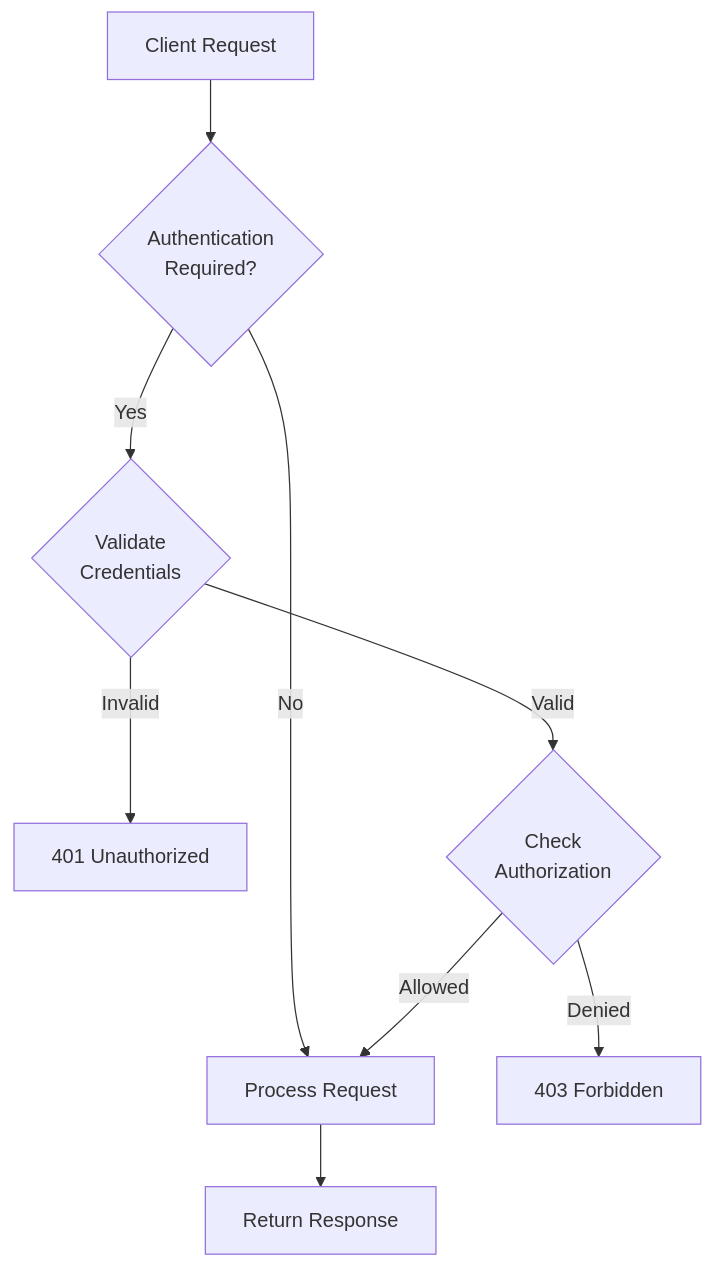
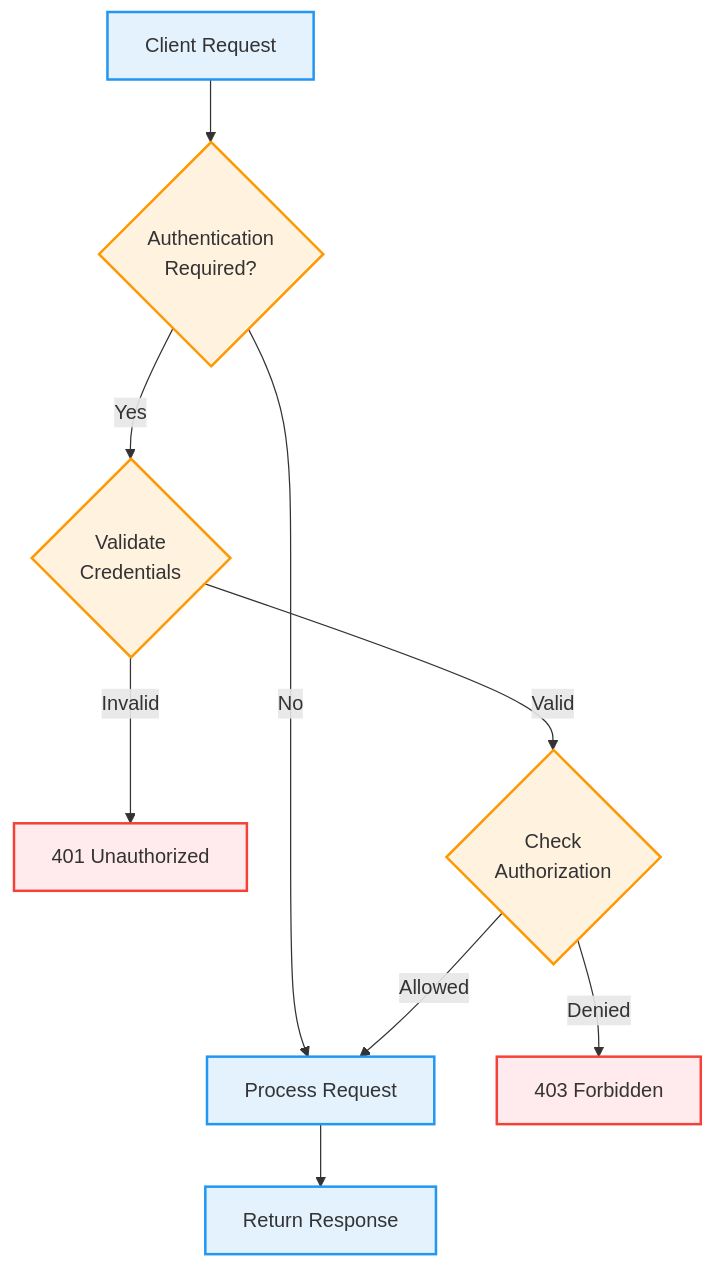
The fourth of 8 diagrams in docs/architecture.md (renz-adarayan/ingenious), drawn with Mermaid before and after one commit. The commit also changed other lines of this file and 8 other files, not shown here.

````diff
--- a/docs/architecture.md
+++ b/docs/architecture.md
@@ -218,14 +215,23 @@
 ```mermaid
-graph TB
-    CLIENT[Client Request] --> AUTH_CHECK{Authentication<br/>Required?}
-    AUTH_CHECK -->|No| PROCESS[Process Request]
-    AUTH_CHECK -->|Yes| VALIDATE{Validate<br/>Credentials}
+flowchart TB
+    CLIENT["Client Request"] --> AUTH_CHECK{"Authentication<br/>Required?"}
+    AUTH_CHECK -->|"No"| PROCESS["Process Request"]
+    AUTH_CHECK -->|"Yes"| VALIDATE{"Validate<br/>Credentials"}
 
-    VALIDATE -->|Invalid| REJECT[401 Unauthorized]
-    VALIDATE -->|Valid| AUTHORIZE{Check<br/>Authorization}
+    VALIDATE -->|"Invalid"| REJECT["401 Unauthorized"]
+    VALIDATE -->|"Valid"| AUTHORIZE{"Check<br/>Authorization"}
 
-    AUTHORIZE -->|Denied| FORBIDDEN[403 Forbidden]
-    AUTHORIZE -->|Allowed| PROCESS
+    AUTHORIZE -->|"Denied"| FORBIDDEN["403 Forbidden"]
+    AUTHORIZE -->|"Allowed"| PROCESS
 
-    PROCESS --> RESPONSE[Return Response]
+    PROCESS --> RESPONSE["Return Response"]
+
+    classDef success fill:#e8f5e8,stroke:#4caf50,stroke-width:2px
+    classDef error fill:#ffebee,stroke:#f44336,stroke-width:2px
+    classDef decision fill:#fff3e0,stroke:#ff9800,stroke-width:2px
+    classDef process fill:#e3f2fd,stroke:#2196f3,stroke-width:2px
+
+    class CLIENT,PROCESS,RESPONSE process
+    class AUTH_CHECK,VALIDATE,AUTHORIZE decision
+    class REJECT,FORBIDDEN error
 ```
````
